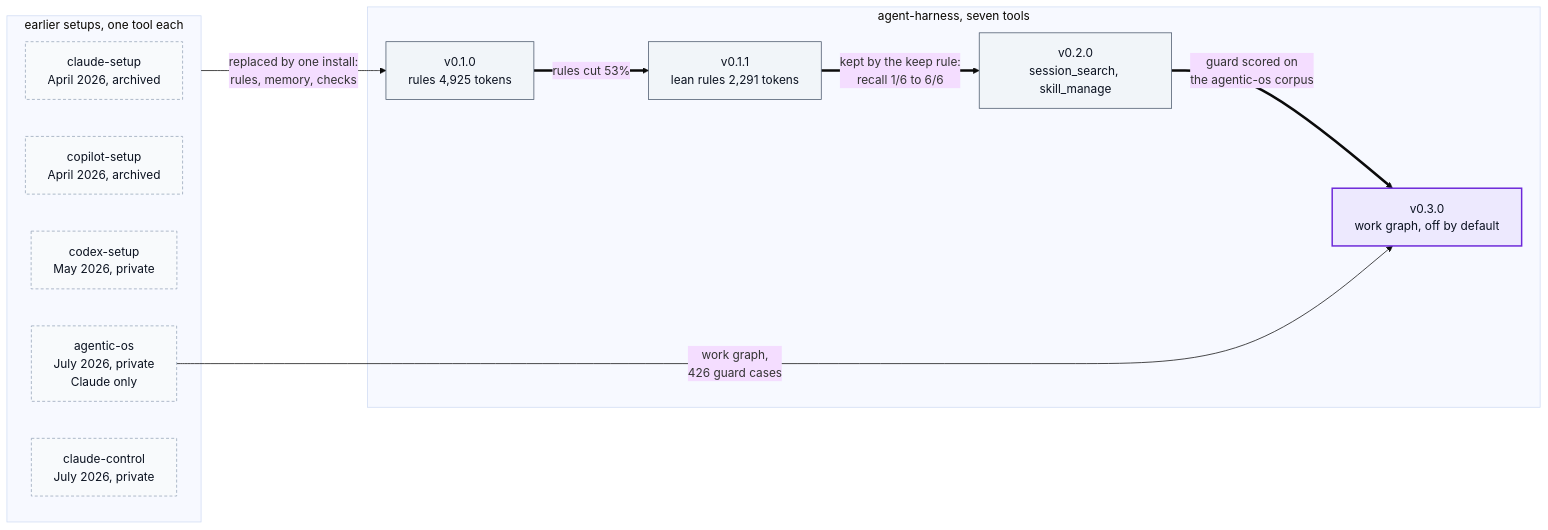
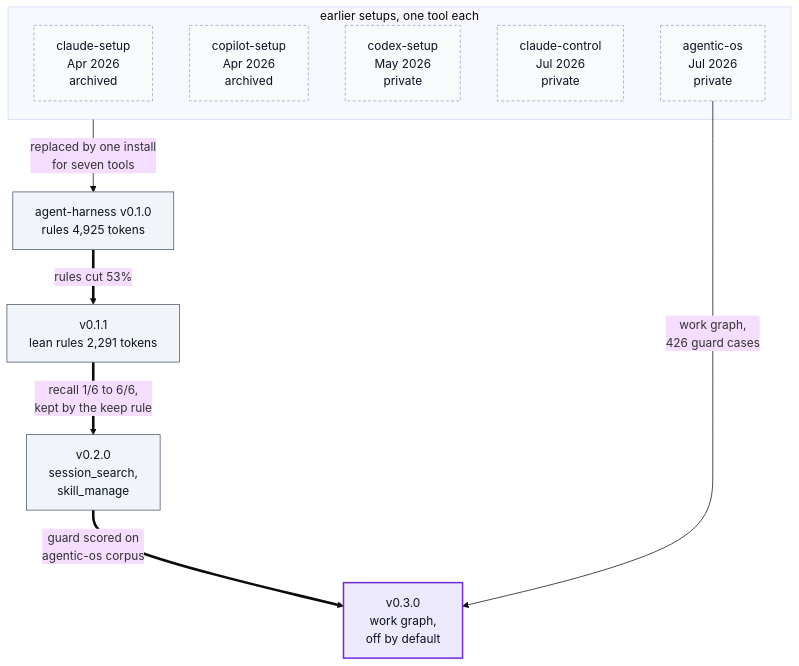
One commit to hihihhi/agent-harness changed the fourth of 4 diagrams in docs/DIAGRAMS.md. Above: the diagram before and after it, drawn with Mermaid (base theme). The commit also changed other lines of this file and 1 other file, not shown here.

First line of the commit message:
docs: narrow the diagrams to GitHub's README column

````diff
--- a/docs/DIAGRAMS.md
+++ b/docs/DIAGRAMS.md
@@ -238,28 +195,27 @@
 ```mermaid
-flowchart LR
+flowchart TB
     subgraph before["earlier setups, one tool each"]
-        CS["claude-setup<br/>April 2026, archived"]
-        PS["copilot-setup<br/>April 2026, archived"]
-        XS["codex-setup<br/>May 2026, private"]
-        AO["agentic-os<br/>July 2026, private<br/>Claude only"]
-        CTL["claude-control<br/>July 2026, private"]
+        CS["claude-setup<br/>Apr 2026<br/>archived"]
+        PS["copilot-setup<br/>Apr 2026<br/>archived"]
+        XS["codex-setup<br/>May 2026<br/>private"]
+        CTL["claude-control<br/>Jul 2026<br/>private"]
+        AO["agentic-os<br/>Jul 2026<br/>private"]
     end
-    subgraph ah["agent-harness, seven tools"]
-        V010["v0.1.0<br/>rules 4,925 tokens"]
-        V011["v0.1.1<br/>lean rules 2,291 tokens"]
-        V020["v0.2.0<br/>session_search, skill_manage"]
-        V030["v0.3.0<br/>work graph, off by default"]
-    end
-    before -- "replaced by one install:<br/>rules, memory, checks" --> V010
+    V010["agent-harness v0.1.0<br/>rules 4,925 tokens"]
+    V011["v0.1.1<br/>lean rules 2,291 tokens"]
+    V020["v0.2.0<br/>session_search,<br/>skill_manage"]
+    V030["v0.3.0<br/>work graph,<br/>off by default"]
+
+    before -- "replaced by one install<br/>for seven tools" --> V010
     V010 == "rules cut 53%" ==> V011
-    V011 == "kept by the keep rule:<br/>recall 1/6 to 6/6" ==> V020
-    V020 == "guard scored on<br/>the agentic-os corpus" ==> V030
+    V011 == "recall 1/6 to 6/6,<br/>kept by the keep rule" ==> V020
+    V020 == "guard scored on<br/>agentic-os corpus" ==> V030
     AO -- "work graph,<br/>426 guard cases" --> V030
 
     classDef step fill:#f1f5f9,stroke:#475569,color:#0b1220
     classDef ext  fill:#f8fafc,stroke:#94a3b8,color:#0b1220,stroke-dasharray:4 3
     classDef key  fill:#ede9fe,stroke:#6d28d9,color:#0b1220,stroke-width:2px
     class CS,PS,XS,AO,CTL ext
     class V010,V011,V020 step
     class V030 key
 ```
````
